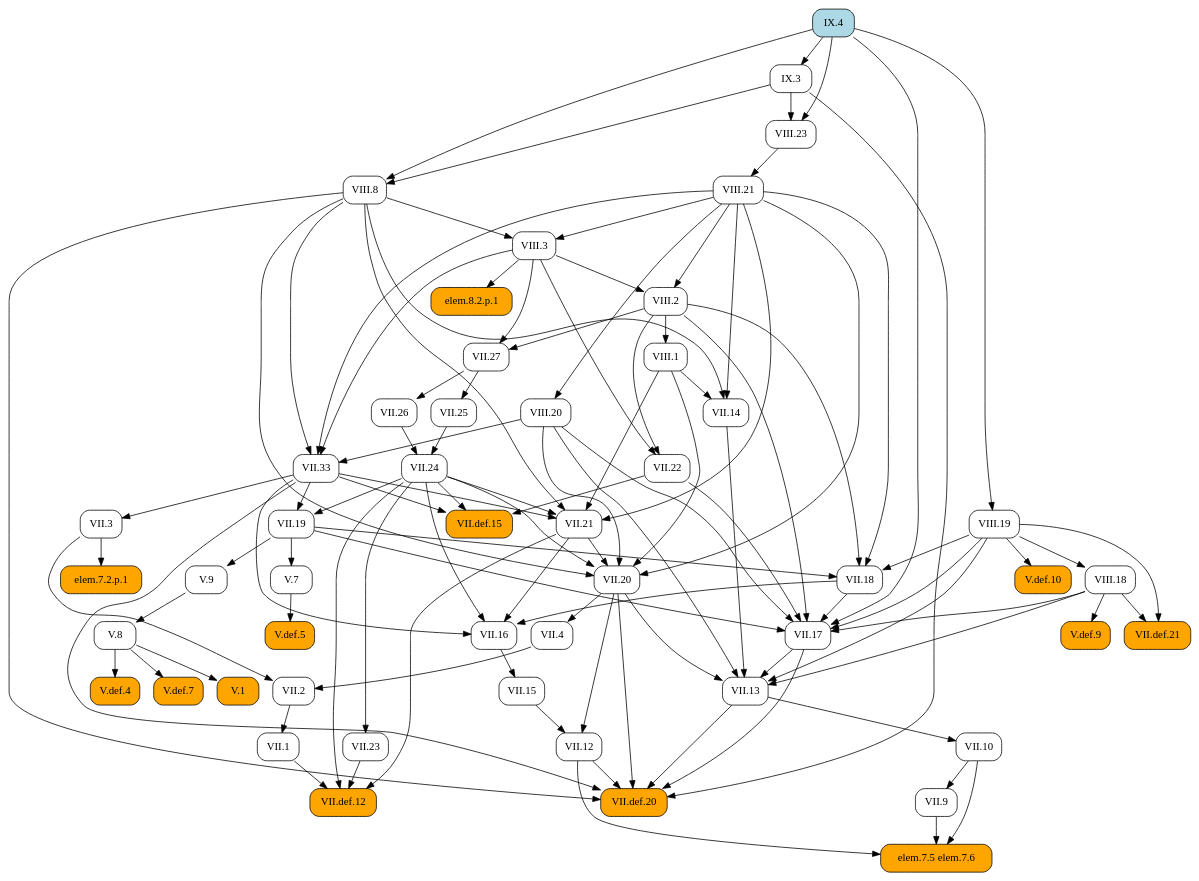
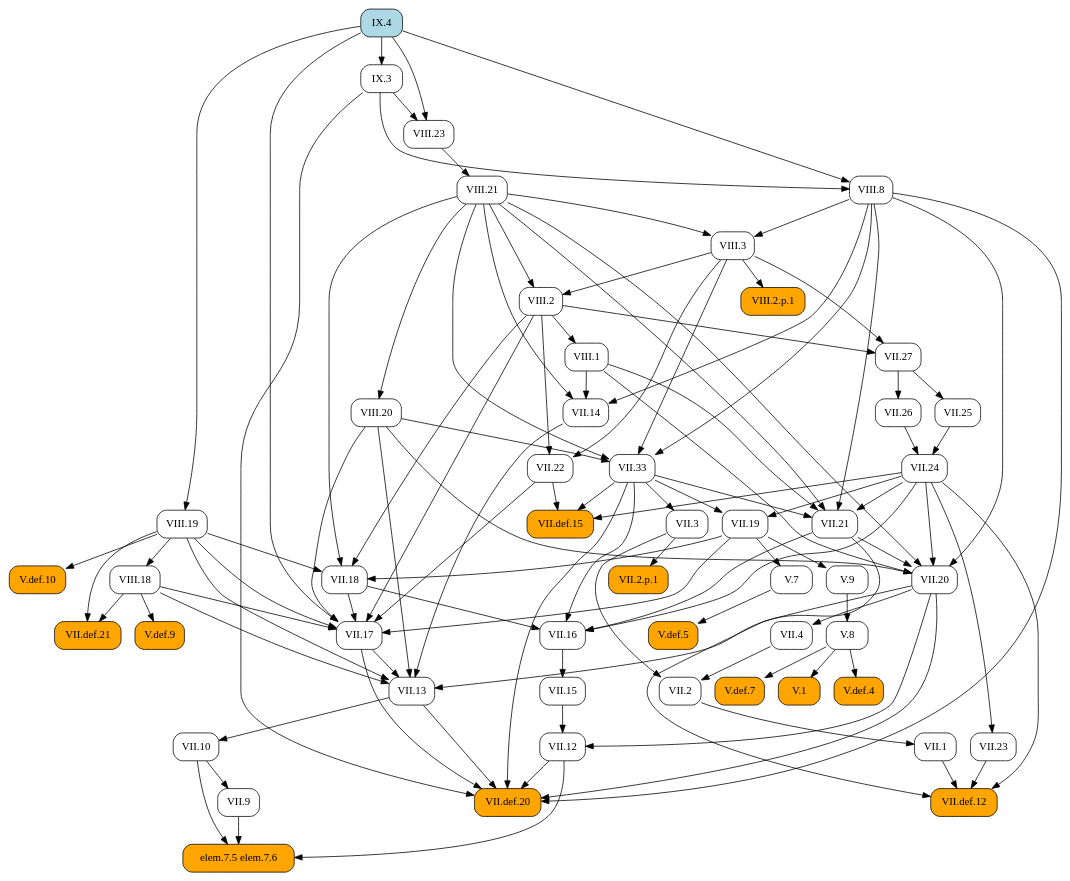
One commit to geometor/elements changed the diagram in docsrc/heath/IX/4/index.rst. Above: the diagram before and after it, drawn with Graphviz. The commit also changed 484 other files, not shown here.

```diff
--- a/docsrc/heath/IX/4/index.rst
+++ b/docsrc/heath/IX/4/index.rst
@@ -36,62 +36,99 @@
    digraph {
      rankdir="TB";
      node [shape=box, style=rounded];
-     "VII.1" [URL="/heath/VII/1/", target="_top"];
-     "V.def.10" [style="rounded,filled", fillcolor=orange, URL="/heath/V/def.10/", target="_top"];
+     "VII.33" [URL="/heath/VII/33/", target="_top"];
+     "VII.12" [URL="/heath/VII/12/", target="_top"];
+     "elem.7.5 elem.7.6" [style="rounded,filled", fillcolor=orange];
+     "VIII.20" [URL="/heath/VIII/20/", target="_top"];
      "VII.9" [URL="/heath/VII/9/", target="_top"];
+     "VIII.2" [URL="/heath/VIII/2/", target="_top"];
+     "VII.18" [URL="/heath/VII/18/", target="_top"];
+     "VII.16" [URL="/heath/VII/16/", target="_top"];
+     "V.7" [URL="/heath/V/7/", target="_top"];
+     "VII.26" [URL="/heath/VII/26/", target="_top"];
      "V.def.5" [style="rounded,filled", fillcolor=orange, URL="/heath/V/def.5/", target="_top"];
+     "V.9" [URL="/heath/V/9/", target="_top"];
+     "VIII.8" [URL="/heath/VIII/8/", target="_top"];
      "IX.4" [style="rounded,filled", fillcolor=lightblue, URL="/heath/IX/4/", target="_top"];
+     "VII.10" [URL="/heath/VII/10/", target="_top"];
+     "VIII.3" [URL="/heath/VIII/3/", target="_top"];
+     "VII.13" [URL="/heath/VII/13/", target="_top"];
+     "VIII.18" [URL="/heath/VIII/18/", target="_top"];
      "VIII.23" [URL="/heath/VIII/23/", target="_top"];
+     "VII.def.15" [style="rounded,filled", fillcolor=orange, URL="/heath/VII/def.15/", target="_top"];
+     "VIII.19" [URL="/heath/VIII/19/", target="_top"];
      "VII.17" [URL="/heath/VII/17/", target="_top"];
-     "VII.3" [URL="/heath/VII/3/", target="_top"];
-     "elem.7.5 elem.7.6" [style="rounded,filled", fillcolor=orange];
-     "VII.def.21" [style="rounded,filled", fillcolor=orange, URL="/heath/VII/def.21/", target="_top"];
-     "IX.3" [URL="/heath/IX/3/", target="_top"];
+     "VII.19" [URL="/heath/VII/19/", target="_top"];
+     "VIII.2.p.1" [style="rounded,filled", fillcolor=orange];
+     "VII.2" [URL="/heath/VII/2/", target="_top"];
+     "VII.def.20" [style="rounded,filled", fillcolor=orange, URL="/heath/VII/def.20/", target="_top"];
+     "VII.2.p.1" [style="rounded,filled", fillcolor=orange];
+     "VII.15" [URL="/heath/VII/15/", target="_top"];
+     "V.def.4" [style="rounded,filled", fillcolor=orange, URL="/heath/V/def.4/", target="_top"];
+     "V.def.7" [style="rounded,filled", fillcolor=orange, URL="/heath/V/def.7/", target="_top"];
      "VIII.21" [URL="/heath/VIII/21/", target="_top"];
-     "VIII.19" [URL="/heath/VIII/19/", target="_top"];
-     "V.7" [URL="/heath/V/7/", target="_top"];
-     "V.9" [URL="/heath/V/9/", target="_top"];
-     "VII.13" [URL="/heath/VII/13/", target="_top"];
-     "VII.2" [URL="/heath/VII/2/", target="_top"];
-     "VIII.1" [URL="/heath/VIII/1/", target="_top"];
-     "VIII.2" [URL="/heath/VIII/2/", target="_top"];
-     "VII.12" [URL="/heath/VII/12/", target="_top"];
-     "VII.24" [URL="/heath/VII/24/", target="_top"];
-     "VII.def.12" [style="rounded,filled", fillcolor=orange, URL="/heath/VII/def.12/", target="_top"];
-     "V.8" [URL="/heath/V/8/", target="_top"];
-     "VII.33" [URL="/heath/VII/33/", target="_top"];
-     "V.def.9" [style="rounded,filled", fillcolor=orange, URL="/heath/V/def.9/", target="_top"];
-     "elem.7.2.p.1" [style="rounded,filled", fillcolor=orange];
-     "VIII.18" [URL="/heath/VIII/18/", target="_top"];
-     "VII.10" [URL="/heath/VII/10/", target="_top"];
-     "VII.def.15" [style="rounded,filled", fillcolor=orange, URL="/heath/VII/def.15/", target="_top"];
-     "VII.18" [URL="/heath/VII/18/", target="_top"];
-     "VII.19" [URL="/heath/VII/19/", target="_top"];
-     "VII.16" [URL="/heath/VII/16/", target="_top"];
-     "VII.26" [URL="/heath/VII/26/", target="_top"];
-     "VII.4" [URL="/heath/VII/4/", target="_top"];
-     "VII.25" [URL="/heath/VII/25/", target="_top"];
-     "VII.21" [URL="/heath/VII/21/", target="_top"];
-     "V.1" [style="rounded,filled", fillcolor=orange, URL="/heath/V/1/", target="_top"];
-     "VII.20" [URL="/heath/VII/20/", target="_top"];
-     "VIII.8" [URL="/heath/VIII/8/", target="_top"];
      "VII.14" [URL="/heath/VII/14/", target="_top"];
      "VII.27" [URL="/heath/VII/27/", target="_top"];
-     "VIII.3" [URL="/heath/VIII/3/", target="_top"];
-     "V.def.4" [style="rounded,filled", fillcolor=orange, URL="/heath/V/def.4/", target="_top"];
+     "VII.21" [URL="/heath/VII/21/", target="_top"];
+     "V.def.10" [style="rounded,filled", fillcolor=orange, URL="/heath/V/def.10/", target="_top"];
      "VII.22" [URL="/heath/VII/22/", target="_top"];
-     "VIII.20" [URL="/heath/VIII/20/", target="_top"];
-     "V.def.7" [style="rounded,filled", fillcolor=orange, URL="/heath/V/def.7/", target="_top"];
+     "VIII.1" [URL="/heath/VIII/1/", target="_top"];
+     "VII.25" [URL="/heath/VII/25/", target="_top"];
+     "VII.1" [URL="/heath/VII/1/", target="_top"];
+     "V.8" [URL="/heath/V/8/", target="_top"];
      "VII.23" [URL="/heath/VII/23/", target="_top"];
-     "VII.15" [URL="/heath/VII/15/", target="_top"];
-     "VII.def.20" [style="rounded,filled", fillcolor=orange, URL="/heath/VII/def.20/", target="_top"];
-     "elem.8.2.p.1" [style="rounded,filled", fillcolor=orange];
-     "VII.2" -> "VII.1";
-     "VIII.19" -> "V.def.10";
+     "VII.4" [URL="/heath/VII/4/", target="_top"];
+     "VII.def.12" [style="rounded,filled", fillcolor=orange, URL="/heath/VII/def.12/", target="_top"];
+     "V.1" [style="rounded,filled", fillcolor=orange, URL="/heath/V/1/", target="_top"];
+     "V.def.9" [style="rounded,filled", fillcolor=orange, URL="/heath/V/def.9/", target="_top"];
+     "VII.3" [URL="/heath/VII/3/", target="_top"];
+     "VII.24" [URL="/heath/VII/24/", target="_top"];
+     "VII.20" [URL="/heath/VII/20/", target="_top"];
+     "IX.3" [URL="/heath/IX/3/", target="_top"];
+     "VII.def.21" [style="rounded,filled", fillcolor=orange, URL="/heath/VII/def.21/", target="_top"];
+     "VIII.3" -> "VII.33";
+     "VIII.8" -> "VII.33";
+     "VIII.20" -> "VII.33";
+     "VIII.21" -> "VII.33";
+     "VII.15" -> "VII.12";
+     "VII.20" -> "VII.12";
+     "VII.9" -> "elem.7.5 elem.7.6";
+     "VII.10" -> "elem.7.5 elem.7.6";
+     "VII.12" -> "elem.7.5 elem.7.6";
+     "VIII.21" -> "VIII.20";
      "VII.10" -> "VII.9";
+     "VIII.3" -> "VIII.2";
+     "VIII.21" -> "VIII.2";
+     "VII.19" -> "VII.18";
+     "VIII.2" -> "VII.18";
+     "VIII.19" -> "VII.18";
+     "VIII.21" -> "VII.18";
+     "VII.18" -> "VII.16";
+     "VII.21" -> "VII.16";
+     "VII.24" -> "VII.16";
+     "VII.33" -> "VII.16";
+     "VII.19" -> "V.7";
+     "VII.27" -> "VII.26";
      "V.7" -> "V.def.5";
+     "VII.19" -> "V.9";
+     "IX.3" -> "VIII.8";
+     "IX.4" -> "VIII.8";
+     "VII.13" -> "VII.10";
+     "VIII.8" -> "VIII.3";
+     "VIII.21" -> "VIII.3";
+     "VII.14" -> "VII.13";
+     "VII.17" -> "VII.13";
+     "VII.20" -> "VII.13";
+     "VIII.18" -> "VII.13";
+     "VIII.19" -> "VII.13";
+     "VIII.20" -> "VII.13";
+     "VIII.19" -> "VIII.18";
      "IX.3" -> "VIII.23";
      "IX.4" -> "VIII.23";
+     "VII.22" -> "VII.def.15";
+     "VII.24" -> "VII.def.15";
+     "VII.33" -> "VII.def.15";
+     "IX.4" -> "VIII.19";
      "VII.18" -> "VII.17";
      "VII.19" -> "VII.17";
      "VII.22" -> "VII.17";
@@ -100,89 +137,11 @@
      "VIII.19" -> "VII.17";
      "VIII.20" -> "VII.17";
      "IX.4" -> "VII.17";
-     "VII.33" -> "VII.3";
-     "VII.9" -> "elem.7.5 elem.7.6";
-     "VII.10" -> "elem.7.5 elem.7.6";
-     "VII.12" -> "elem.7.5 elem.7.6";
-     "VIII.18" -> "VII.def.21";
-     "VIII.19" -> "VII.def.21";
-     "IX.4" -> "IX.3";
-     "VIII.23" -> "VIII.21";
-     "IX.4" -> "VIII.19";
-     "VII.19" -> "V.7";
-     "VII.19" -> "V.9";
-     "VII.14" -> "VII.13";
-     "VII.17" -> "VII.13";
-     "VII.20" -> "VII.13";
-     "VIII.18" -> "VII.13";
-     "VIII.19" -> "VII.13";
-     "VIII.20" -> "VII.13";
+     "VII.24" -> "VII.19";
+     "VII.33" -> "VII.19";
+     "VIII.3" -> "VIII.2.p.1";
      "VII.3" -> "VII.2";
      "VII.4" -> "VII.2";
-     "VIII.2" -> "VIII.1";
-     "VIII.3" -> "VIII.2";
-     "VIII.21" -> "VIII.2";
-     "VII.15" -> "VII.12";
-     "VII.20" -> "VII.12";
-     "VII.25" -> "VII.24";
-     "VII.26" -> "VII.24";
-     "VII.1" -> "VII.def.12";
-     "VII.21" -> "VII.def.12";
-     "VII.23" -> "VII.def.12";
-     "VII.24" -> "VII.def.12";
-     "V.9" -> "V.8";
-     "VIII.3" -> "VII.33";
-     "VIII.8" -> "VII.33";
-     "VIII.20" -> "VII.33";
-     "VIII.21" -> "VII.33";
-     "VIII.18" -> "V.def.9";
-     "VII.3" -> "elem.7.2.p.1";
-     "VIII.19" -> "VIII.18";
-     "VII.13" -> "VII.10";
-     "VII.22" -> "VII.def.15";
-     "VII.24" -> "VII.def.15";
-     "VII.33" -> "VII.def.15";
-     "VII.19" -> "VII.18";
-     "VIII.2" -> "VII.18";
-     "VIII.19" -> "VII.18";
-     "VIII.21" -> "VII.18";
-     "VII.24" -> "VII.19";
-     "VII.33" -> "VII.19";
-     "VII.18" -> "VII.16";
-     "VII.21" -> "VII.16";
-     "VII.24" -> "VII.16";
-     "VII.33" -> "VII.16";
-     "VII.27" -> "VII.26";
-     "VII.20" -> "VII.4";
-     "VII.27" -> "VII.25";
-     "VII.24" -> "VII.21";
-     "VII.33" -> "VII.21";
-     "VIII.1" -> "VII.21";
-     "VIII.8" -> "VII.21";
-     "VIII.21" -> "VII.21";
-     "V.8" -> "V.1";
-     "VII.21" -> "VII.20";
-     "VII.24" -> "VII.20";
-     "VIII.1" -> "VII.20";
-     "VIII.8" -> "VII.20";
-     "VIII.20" -> "VII.20";
-     "VIII.21" -> "VII.20";
-     "IX.3" -> "VIII.8";
-     "IX.4" -> "VIII.8";
-     "VIII.1" -> "VII.14";
-     "VIII.8" -> "VII.14";
-     "VIII.21" -> "VII.14";
-     "VIII.2" -> "VII.27";
-     "VIII.3" -> "VII.27";
-     "VIII.8" -> "VIII.3";
-     "VIII.21" -> "VIII.3";
-     "V.8" -> "V.def.4";
-     "VIII.2" -> "VII.22";
-     "VIII.3" -> "VII.22";
-     "VIII.21" -> "VIII.20";
-     "V.8" -> "V.def.7";
-     "VII.24" -> "VII.23";
-     "VII.16" -> "VII.15";
      "VII.12" -> "VII.def.20";
      "VII.13" -> "VII.def.20";
      "VII.17" -> "VII.def.20";
@@ -190,5 +149,46 @@
      "VII.33" -> "VII.def.20";
      "VIII.8" -> "VII.def.20";
      "IX.3" -> "VII.def.20";
-     "VIII.3" -> "elem.8.2.p.1";
+     "VII.3" -> "VII.2.p.1";
+     "VII.16" -> "VII.15";
+     "V.8" -> "V.def.4";
+     "V.8" -> "V.def.7";
+     "VIII.23" -> "VIII.21";
+     "VIII.1" -> "VII.14";
+     "VIII.8" -> "VII.14";
+     "VIII.21" -> "VII.14";
+     "VIII.2" -> "VII.27";
+     "VIII.3" -> "VII.27";
+     "VII.24" -> "VII.21";
+     "VII.33" -> "VII.21";
+     "VIII.1" -> "VII.21";
+     "VIII.8" -> "VII.21";
+     "VIII.21" -> "VII.21";
+     "VIII.19" -> "V.def.10";
+     "VIII.2" -> "VII.22";
+     "VIII.3" -> "VII.22";
+     "VIII.2" -> "VIII.1";
+     "VII.27" -> "VII.25";
+     "VII.2" -> "VII.1";
+     "V.9" -> "V.8";
+     "VII.24" -> "VII.23";
+     "VII.20" -> "VII.4";
+     "VII.1" -> "VII.def.12";
+     "VII.21" -> "VII.def.12";
+     "VII.23" -> "VII.def.12";
+     "VII.24" -> "VII.def.12";
+     "V.8" -> "V.1";
+     "VIII.18" -> "V.def.9";
+     "VII.33" -> "VII.3";
+     "VII.25" -> "VII.24";
+     "VII.26" -> "VII.24";
+     "VII.21" -> "VII.20";
+     "VII.24" -> "VII.20";
+     "VIII.1" -> "VII.20";
+     "VIII.8" -> "VII.20";
+     "VIII.20" -> "VII.20";
+     "VIII.21" -> "VII.20";
+     "IX.4" -> "IX.3";
+     "VIII.18" -> "VII.def.21";
+     "VIII.19" -> "VII.def.21";
    }
```
